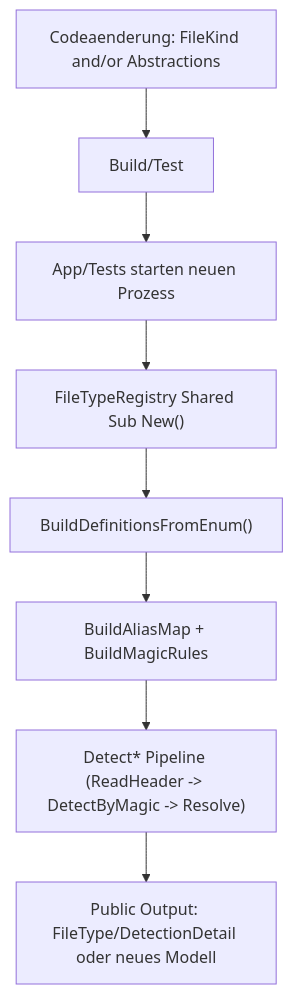
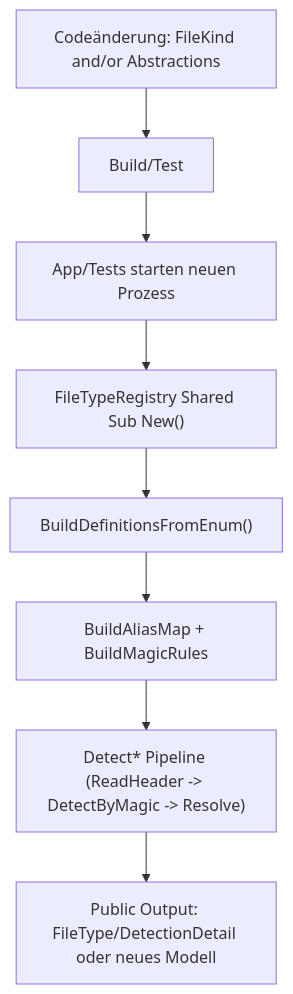
The first of 2 diagrams in docs/guides/DATATYPE_EXTENSION_GUIDE.md (tomtastisch/FileClassifier), drawn with Mermaid before and after one commit. The commit also changed other lines of this file and 3 other files, not shown here.

````diff
--- a/docs/guides/DATATYPE_EXTENSION_GUIDE.md
+++ b/docs/guides/DATATYPE_EXTENSION_GUIDE.md
@@ -87,10 +87,10 @@
 ```mermaid
 flowchart TD
-    A["Codeaenderung: FileKind and/or Abstractions"] --> B["Build/Test"]
+    A["Codeänderung: FileKind and/or Abstractions"] --> B["Build/Test"]
     B --> C["App/Tests starten neuen Prozess"]
     C --> D["FileTypeRegistry Shared Sub New()"]
     D --> E["BuildDefinitionsFromEnum()"]
     E --> F["BuildAliasMap + BuildMagicRules"]
     F --> G["Detect* Pipeline (ReadHeader -> DetectByMagic -> Resolve)"]
     G --> H["Public Output: FileType/DetectionDetail oder neues Modell"]
 ```
````
